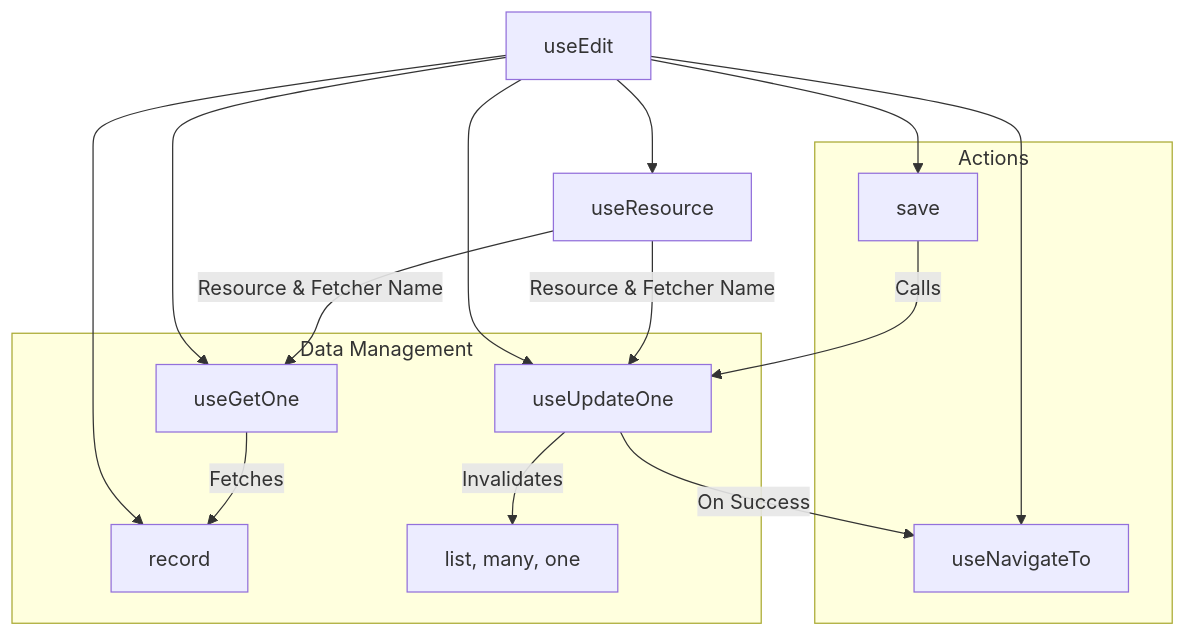
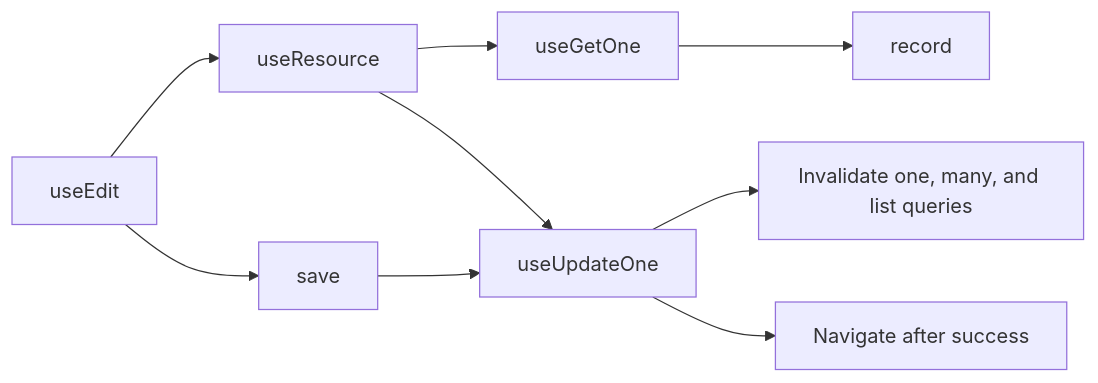
Before and after one commit to aa900031/ginjou: the second of 2 diagrams in docs/content/1.guides/2.form.md, drawn with Mermaid. The commit also changed other lines of this file and 42 other files, not shown here.

````diff
--- a/docs/content/1.guides/2.form.md
+++ b/docs/content/1.guides/2.form.md
@@ -160,22 +103,11 @@
 ```mermaid
-graph TD
+flowchart LR
     A[useEdit] --> B[useResource]
-    B -- Resource & Fetcher Name --> C[useGetOne]
-    B -- Resource & Fetcher Name --> D[useUpdateOne]
-    A --> C
-    A --> D
-    A --> E[useNavigateTo]
-
-    subgraph Data Management
-        C --> |Fetches| F[record]
-        D --> |Invalidates| G["list, many, one"]
-    end
-
-    subgraph Actions
-        H[save] --> |Calls| D
-        D --> |On Success| E
-    end
-
-    A --> F
-    A --> H
+    B --> C[useGetOne]
+    B --> D[useUpdateOne]
+    C --> E[record]
+    A --> F[save]
+    F --> D
+    D --> G[Invalidate one, many, and list queries]
+    D --> H[Navigate after success]
 ```
````
